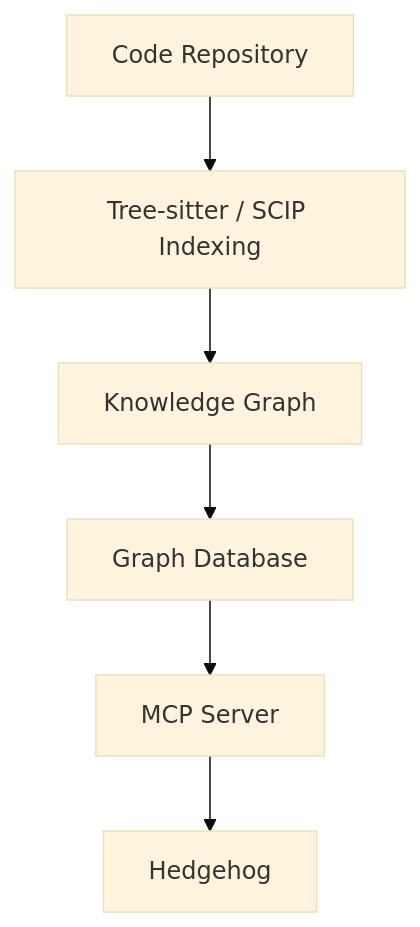
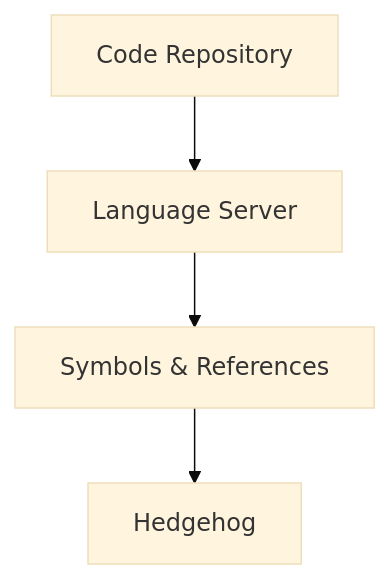
Before and after one commit to Bryandero98/hedgehog: the diagram in README.md, drawn with Mermaid (base theme). The commit also changed other lines of this file and 27 other files, not shown here.

````diff
--- a/README.md
+++ b/README.md
@@ -100,8 +100,6 @@
 ```mermaid
 flowchart TD
-    A[Code Repository] --> B[Tree-sitter / SCIP Indexing]
-    B --> C[Knowledge Graph]
-    C --> D[Graph Database]
-    D --> E[MCP Server]
-    E --> F[Hedgehog]
+    A[Code Repository] --> B[Language Server]
+    B --> C[Symbols & References]
+    C --> D[Hedgehog]
 ```
````
